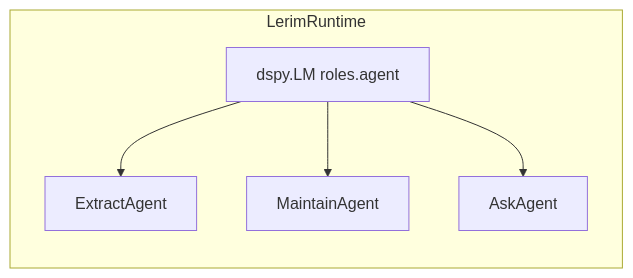
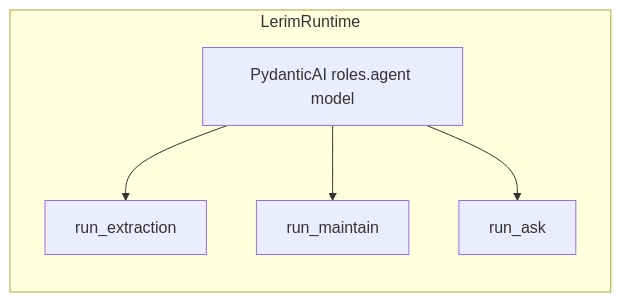
Before and after one commit to lerim-dev/lerim-cli: the diagram in docs/configuration/model-roles.md, drawn with Mermaid. The commit also changed other lines of this file and 27 other files, not shown here.

````diff
--- a/docs/configuration/model-roles.md
+++ b/docs/configuration/model-roles.md
@@ -15,12 +14,12 @@
 ```mermaid
 flowchart LR
 	subgraph rt [LerimRuntime]
-		AgentLM["dspy.LM roles.agent"]
-		EA[ExtractAgent]
-		MA[MaintainAgent]
-		AA[AskAgent]
+		AgentModel["PydanticAI roles.agent model"]
+		EA[run_extraction]
+		MA[run_maintain]
+		AA[run_ask]
 	end
-	AgentLM --> EA
-	AgentLM --> MA
-	AgentLM --> AA
+	AgentModel --> EA
+	AgentModel --> MA
+	AgentModel --> AA
 ```
````
